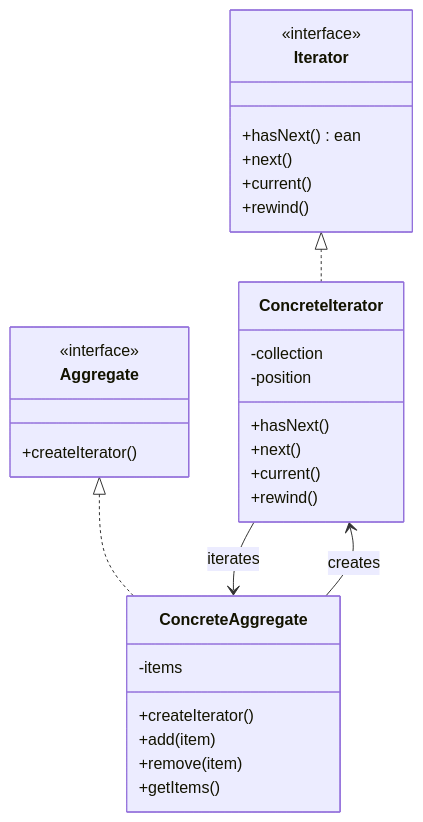
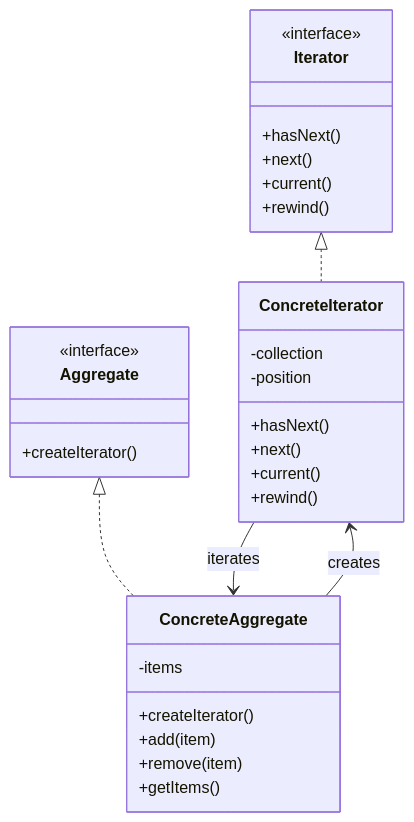
The first of 7 diagrams in resources/design-patterns/laravel/behavioral/iterator_en.md (fanly/DesignPattern), drawn with Mermaid before and after one commit. The commit also changed other lines of this file and 11 other files, not shown here.

````diff
--- a/resources/design-patterns/laravel/behavioral/iterator_en.md
+++ b/resources/design-patterns/laravel/behavioral/iterator_en.md
@@ -10,37 +10,37 @@
 ```mermaid
 classDiagram
     class Iterator {
         <<interface>>
-        +hasNext()ean
+        +hasNext()
         +next()
         +current()
         +rewind()
     }
     
     class ConcreteIterator {
         -collection
         -position
         +hasNext()
         +next()
         +current()
         +rewind()
     }
     
     class Aggregate {
         <<interface>>
         +createIterator()
     }
     
     class ConcreteAggregate {
         -items
         +createIterator()
         +add(item)
         +remove(item)
         +getItems()
     }
     
     Iterator <|.. ConcreteIterator
     Aggregate <|.. ConcreteAggregate
     ConcreteAggregate --> ConcreteIterator : creates
     ConcreteIterator --> ConcreteAggregate : iterates
 ```
````
